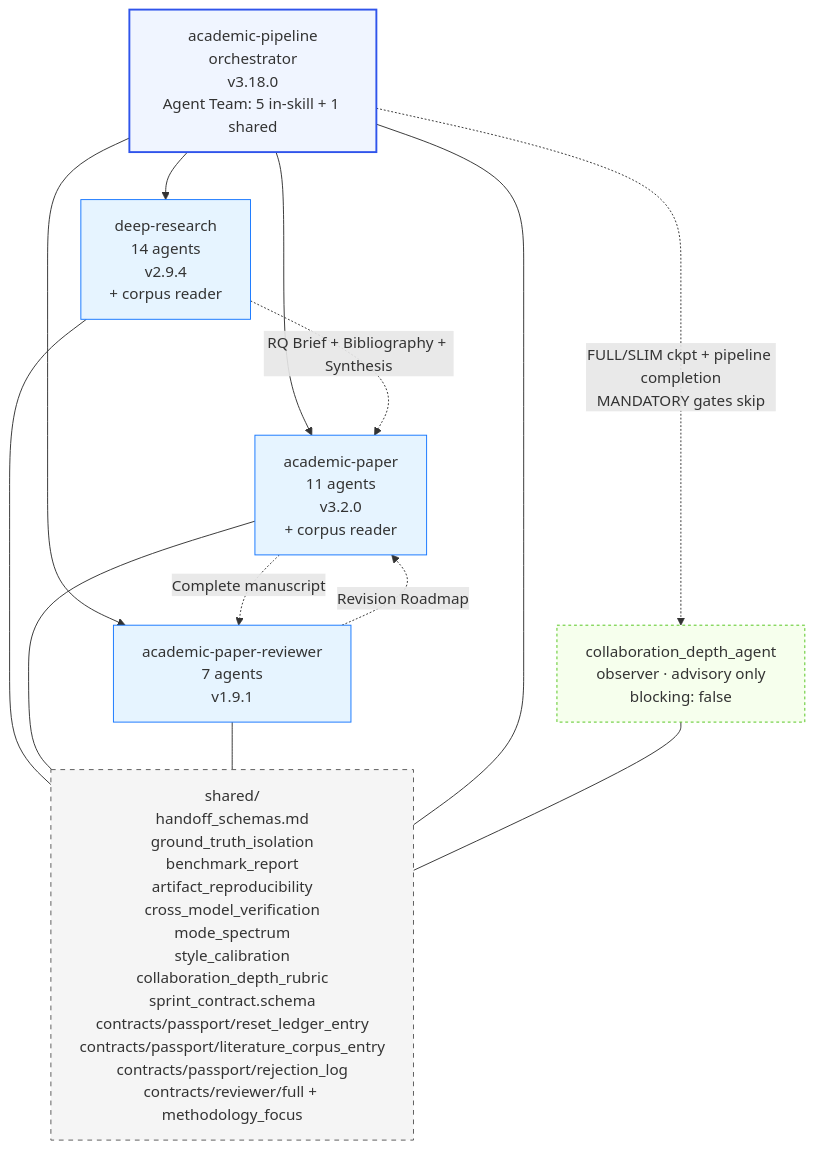
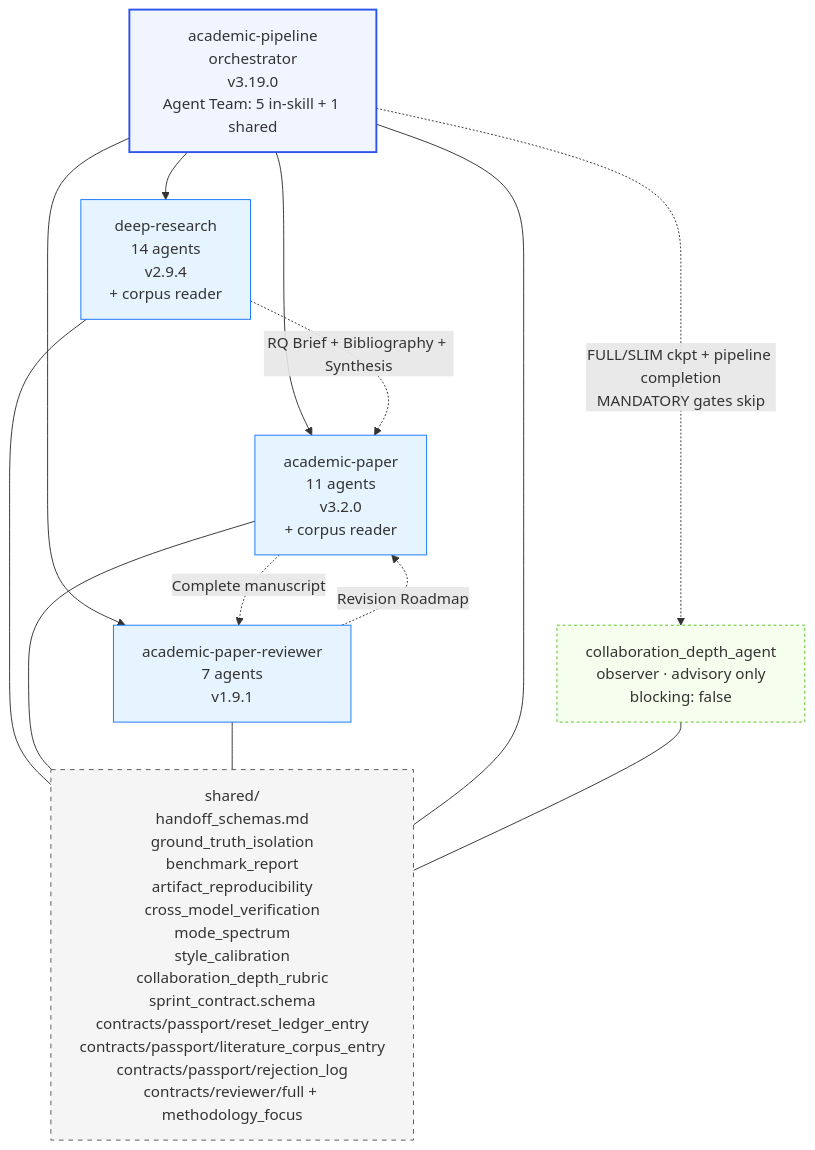
One commit to pouriamrt/academic-research-skills changed the fourth of 5 diagrams in docs/ARCHITECTURE.md. Above: the diagram before and after it, drawn with Mermaid. The commit also changed other lines of this file and 430 other files, not shown here.

````diff
--- a/docs/ARCHITECTURE.md
+++ b/docs/ARCHITECTURE.md
@@ -200,31 +200,31 @@
 ```mermaid
 graph TD
-    Pipeline[academic-pipeline<br/>orchestrator<br/>v3.18.0<br/>Agent Team: 5 in-skill + 1 shared]
+    Pipeline[academic-pipeline<br/>orchestrator<br/>v3.19.0<br/>Agent Team: 5 in-skill + 1 shared]
     Observer[collaboration_depth_agent<br/>observer · advisory only<br/>blocking: false]
     DR[deep-research<br/>14 agents<br/>v2.9.4<br/>+ corpus reader]
     AP[academic-paper<br/>11 agents<br/>v3.2.0<br/>+ corpus reader]
     APR[academic-paper-reviewer<br/>7 agents<br/>v1.9.1]
     Shared[shared/<br/>handoff_schemas.md<br/>ground_truth_isolation<br/>benchmark_report<br/>artifact_reproducibility<br/>cross_model_verification<br/>mode_spectrum<br/>style_calibration<br/>collaboration_depth_rubric<br/>sprint_contract.schema<br/>contracts/passport/reset_ledger_entry<br/>contracts/passport/literature_corpus_entry<br/>contracts/passport/rejection_log<br/>contracts/reviewer/full + methodology_focus]
 
     Pipeline --> DR
     Pipeline --> AP
     Pipeline --> APR
     Pipeline -. "FULL/SLIM ckpt + pipeline completion<br/>MANDATORY gates skip" .-> Observer
     DR -. "RQ Brief + Bibliography + Synthesis" .-> AP
     AP -. "Complete manuscript" .-> APR
     APR -. "Revision Roadmap" .-> AP
     DR --- Shared
     AP --- Shared
     APR --- Shared
     Pipeline --- Shared
     Observer --- Shared
 
     classDef orch fill:#f0f5ff,stroke:#2f54eb,stroke-width:2px
     classDef skill fill:#e6f4ff,stroke:#1677ff
     classDef shared fill:#f5f5f5,stroke:#595959,stroke-dasharray:5 5
     classDef observer fill:#f6ffed,stroke:#52c41a,stroke-dasharray:3 3
     class Pipeline orch
     class DR,AP,APR skill
     class Shared shared
     class Observer observer
 ```
````
